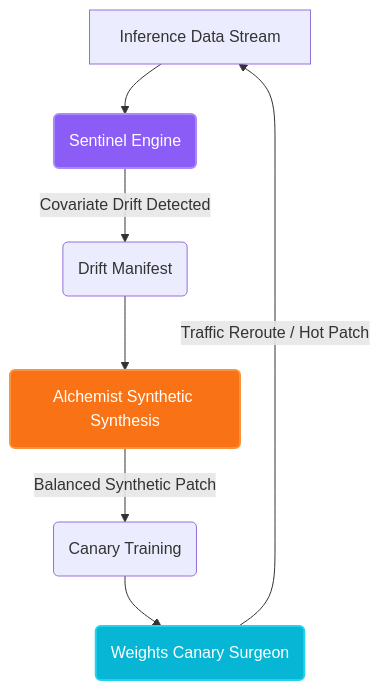
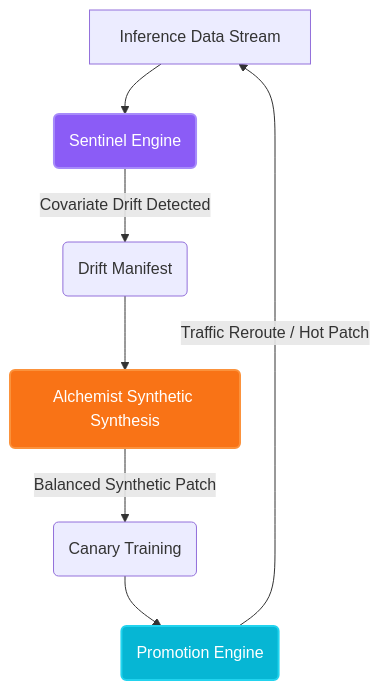
One commit to Rohan5kumar/PHENOIX changed the diagram in docs/whitepaper.md. Above: the diagram before and after it, drawn with Mermaid. The commit also changed other lines of this file, not shown here.

````diff
--- a/docs/whitepaper.md
+++ b/docs/whitepaper.md
@@ -20,12 +20,12 @@
 ```mermaid
 graph TD
     A[Inference Data Stream] --> B(Sentinel Engine)
     B -->|Covariate Drift Detected| C(Drift Manifest)
     C --> D(Alchemist Synthetic Synthesis)
     D -->|Balanced Synthetic Patch| E(Canary Training)
-    E --> F(Weights Canary Surgeon)
+    E --> F(Promotion Engine)
     F -->|Traffic Reroute / Hot Patch| A
     style B fill:#8b5cf6,stroke:#a78bfa,stroke-width:2px,color:#fff
     style D fill:#f97316,stroke:#fb923c,stroke-width:2px,color:#fff
     style F fill:#06b6d4,stroke:#22d3ee,stroke-width:2px,color:#fff
 ```
````
